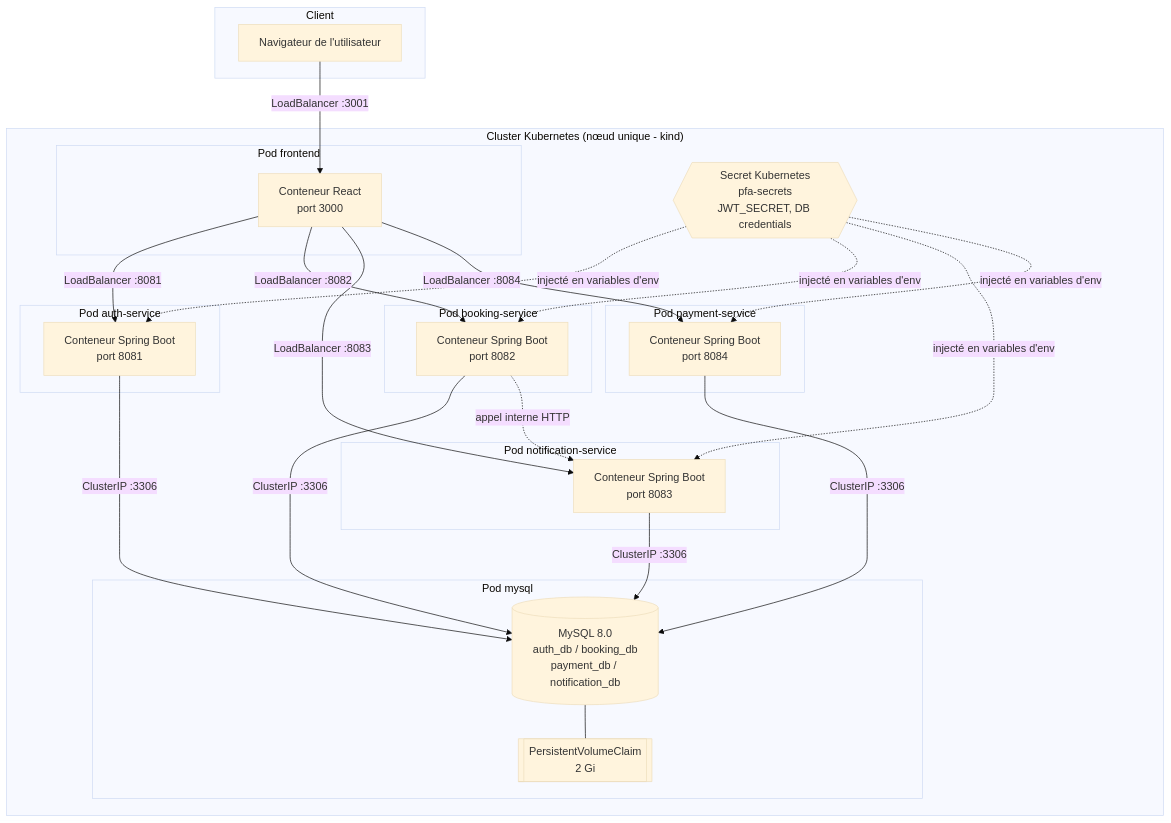
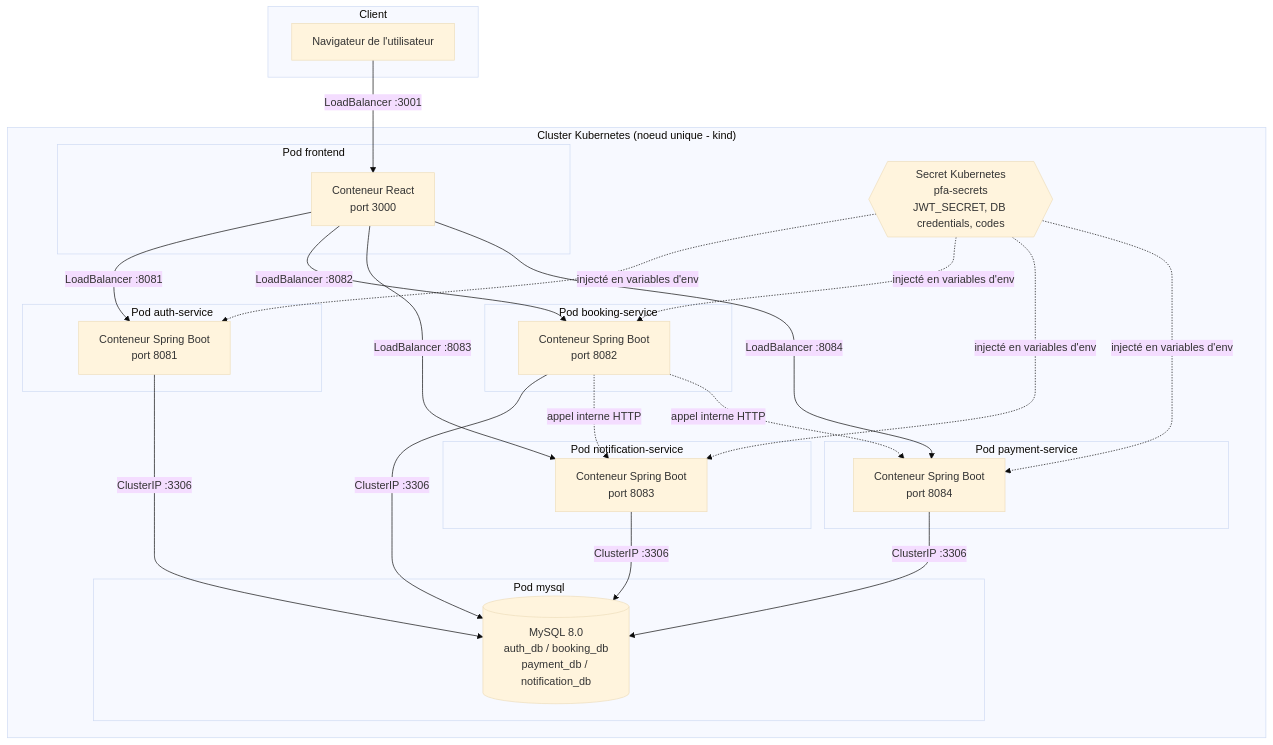
The fourth of 4 diagrams in docs/UML.md (Ayamouine/pfa-devops-reservation), drawn with Mermaid (base theme) before and after one commit. The commit also changed other lines of this file and 6 other files, not shown here.

````diff
--- a/docs/UML.md
+++ b/docs/UML.md
@@ -177,49 +223,48 @@
 ```mermaid
 flowchart TB
     subgraph Client
         Browser[Navigateur de l'utilisateur]
     end
 
-    subgraph "Cluster Kubernetes (nœud unique - kind)"
+    subgraph "Cluster Kubernetes (noeud unique - kind)"
         subgraph "Pod frontend"
             FE[Conteneur React\nport 3000]
         end
         subgraph "Pod auth-service"
             AS[Conteneur Spring Boot\nport 8081]
         end
         subgraph "Pod booking-service"
             BS[Conteneur Spring Boot\nport 8082]
         end
         subgraph "Pod notification-service"
             NS[Conteneur Spring Boot\nport 8083]
         end
         subgraph "Pod payment-service"
             PS[Conteneur Spring Boot\nport 8084]
         end
         subgraph "Pod mysql"
             DB[(MySQL 8.0\nauth_db / booking_db\npayment_db / notification_db)]
-            PVC[[PersistentVolumeClaim\n2 Gi]]
-            DB --- PVC
         end
 
-        SecretK8s{{Secret Kubernetes\npfa-secrets\nJWT_SECRET, DB credentials}}
+        SecretK8s{{Secret Kubernetes\npfa-secrets\nJWT_SECRET, DB credentials, codes}}
     end
 
     Browser -->|"LoadBalancer :3001"| FE
     FE -->|"LoadBalancer :8081"| AS
     FE -->|"LoadBalancer :8082"| BS
     FE -->|"LoadBalancer :8083"| NS
     FE -->|"LoadBalancer :8084"| PS
 
     AS -->|"ClusterIP :3306"| DB
     BS -->|"ClusterIP :3306"| DB
     NS -->|"ClusterIP :3306"| DB
     PS -->|"ClusterIP :3306"| DB
 
     BS -.->|appel interne HTTP| NS
+    BS -.->|appel interne HTTP| PS
 
     SecretK8s -.->|injecté en variables d'env| AS
     SecretK8s -.->|injecté en variables d'env| BS
     SecretK8s -.->|injecté en variables d'env| NS
     SecretK8s -.->|injecté en variables d'env| PS
 ```
````
